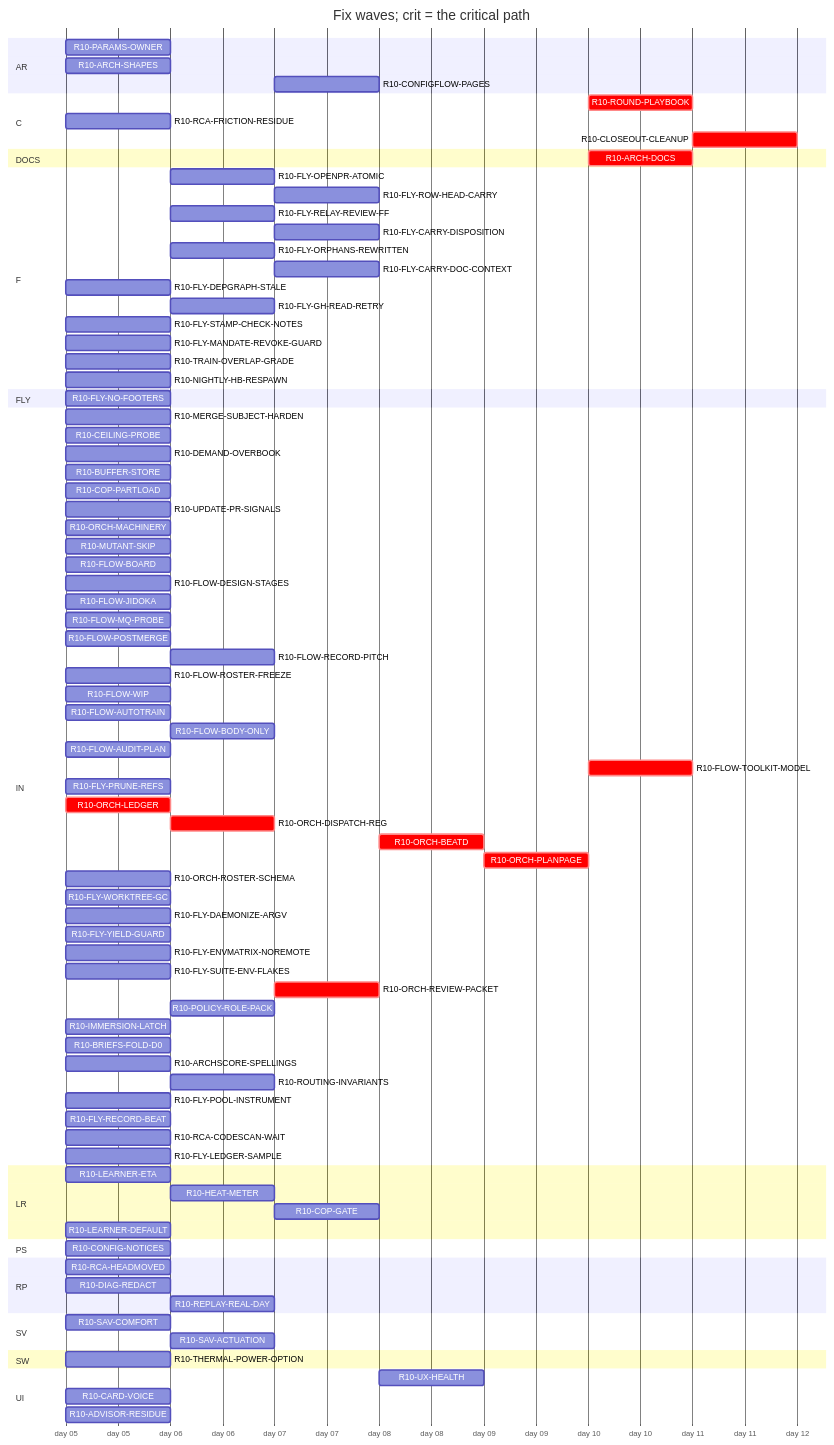
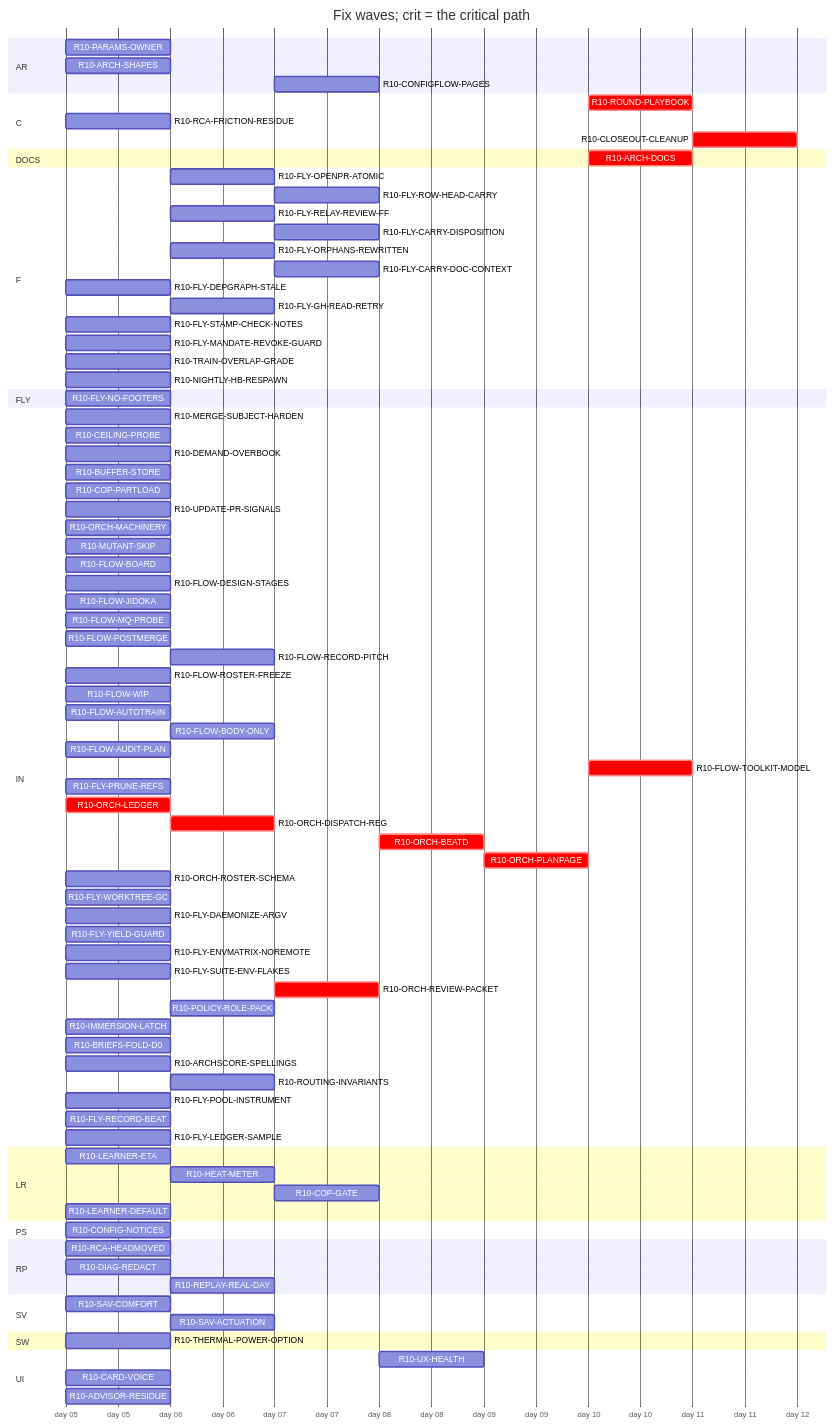
One commit to tvofi/heatpump_optimizer changed the diagram in handoff/round10/state/PLAN-TABLE.md. Above: the diagram before and after it, drawn with Mermaid. The commit also changed other lines of this file and 2 other files, not shown here.

```diff
--- a/handoff/round10/state/PLAN-TABLE.md
+++ b/handoff/round10/state/PLAN-TABLE.md
@@ -36,7 +36,7 @@
     R10-RCA-FRICTION-RESIDUE :r10RCAFRICTIONRESIDUE, 2026-01-05, 1d
     R10-CLOSEOUT-CLEANUP :crit, r10CLOSEOUTCLEANUP, after r10FLYPRUNEREFS r10FLYWORKTREEGC r10ARCHDOCS r10ROUNDPLAYBOOK, 1d
   section DOCS
-    R10-ARCH-DOCS :crit, r10ARCHDOCS, after r10CONFIGNOTICES r10PARAMSOWNER r10ARCHSHAPES r10LEARNERETA r10HEATMETER r10COPGATE r10UXHEALTH r10CONFIGFLOWPAGES r10RCAHEADMOVED r10SAVCOMFORT r10MERGESUBJECTHARDEN r10CEILINGPROBE r10DEMANDOVERBOOK r10BUFFERSTORE r10COPPARTLOAD r10UPDATEPRSIGNALS r10CARDVOICE r10THERMALPOWEROPTION r10LEARNERDEFAULT r10MUTANTSKIP r10FLOWBOARD r10FLOWDESIGNSTAGES r10FLOWJIDOKA r10FLOWMQPROBE r10FLOWPOSTMERGE r10FLOWRECORDPITCH r10FLOWROSTERFREEZE r10FLOWWIP r10FLOWAUTOTRAIN r10FLOWBODYONLY r10FLYOPENPRATOMIC r10FLYROWHEADCARRY r10FLOWAUDITPLAN r10FLYRELAYREVIEWFF r10FLYCARRYDISPOSITION r10FLYORPHANSREWRITTEN r10FLYCARRYDOCCONTEXT r10FLYDEPGRAPHSTALE r10FLOWTOOLKITMODEL r10FLYSTAMPCHECKNOTES r10FLYMANDATEREVOKEGUARD r10RCAFRICTIONRESIDUE r10TRAINOVERLAPGRADE r10NIGHTLYHBRESPAWN r10FLYPRUNEREFS r10ORCHLEDGER r10ORCHDISPATCHREG r10ORCHBEATD r10ORCHPLANPAGE r10ORCHROSTERSCHEMA r10FLYWORKTREEGC r10FLYDAEMONIZEARGV r10FLYYIELDGUARD r10FLYENVMATRIXNOREMOTE r10ORCHREVIEWPACKET r10POLICYROLEPACK r10IMMERSIONLATCH r10DIAGREDACT r10ADVISORRESIDUE r10BRIEFSFOLDD0 r10REPLAYREALDAY r10ARCHSCORESPELLINGS r10ROUTINGINVARIANTS r10SAVACTUATION r10FLYPOOLINSTRUMENT r10FLYRECORDBEAT r10RCACODESCANWAIT r10FLYLEDGERSAMPLE, 1d
+    R10-ARCH-DOCS :crit, r10ARCHDOCS, after r10CONFIGNOTICES r10PARAMSOWNER r10ARCHSHAPES r10LEARNERETA r10HEATMETER r10COPGATE r10UXHEALTH r10CONFIGFLOWPAGES r10RCAHEADMOVED r10SAVCOMFORT r10MERGESUBJECTHARDEN r10CEILINGPROBE r10DEMANDOVERBOOK r10BUFFERSTORE r10COPPARTLOAD r10UPDATEPRSIGNALS r10CARDVOICE r10THERMALPOWEROPTION r10LEARNERDEFAULT r10MUTANTSKIP r10FLOWBOARD r10FLOWDESIGNSTAGES r10FLOWJIDOKA r10FLOWMQPROBE r10FLOWPOSTMERGE r10FLOWRECORDPITCH r10FLOWROSTERFREEZE r10FLOWWIP r10FLOWAUTOTRAIN r10FLOWBODYONLY r10FLYOPENPRATOMIC r10FLYROWHEADCARRY r10FLOWAUDITPLAN r10FLYRELAYREVIEWFF r10FLYCARRYDISPOSITION r10FLYORPHANSREWRITTEN r10FLYCARRYDOCCONTEXT r10FLYDEPGRAPHSTALE r10FLOWTOOLKITMODEL r10FLYSTAMPCHECKNOTES r10FLYMANDATEREVOKEGUARD r10RCAFRICTIONRESIDUE r10TRAINOVERLAPGRADE r10NIGHTLYHBRESPAWN r10FLYPRUNEREFS r10ORCHLEDGER r10ORCHDISPATCHREG r10ORCHBEATD r10ORCHPLANPAGE r10ORCHROSTERSCHEMA r10FLYWORKTREEGC r10FLYDAEMONIZEARGV r10FLYYIELDGUARD r10FLYENVMATRIXNOREMOTE r10ORCHREVIEWPACKET r10POLICYROLEPACK r10IMMERSIONLATCH r10DIAGREDACT r10ADVISORRESIDUE r10BRIEFSFOLDD0 r10REPLAYREALDAY r10ARCHSCORESPELLINGS r10ROUTINGINVARIANTS r10SAVACTUATION r10FLYPOOLINSTRUMENT r10FLYRECORDBEAT r10FLYLEDGERSAMPLE, 1d
   section F
     R10-FLY-OPENPR-ATOMIC :r10FLYOPENPRATOMIC, after r10UPDATEPRSIGNALS, 1d
     R10-FLY-ROW-HEAD-CARRY :r10FLYROWHEADCARRY, after r10FLYOPENPRATOMIC r10FLOWMQPROBE, 1d
@@ -92,7 +92,6 @@
     R10-ROUTING-INVARIANTS :r10ROUTINGINVARIANTS, after r10ORCHROSTERSCHEMA, 1d
     R10-FLY-POOL-INSTRUMENT :r10FLYPOOLINSTRUMENT, 2026-01-05, 1d
     R10-FLY-RECORD-BEAT :r10FLYRECORDBEAT, 2026-01-05, 1d
-    R10-RCA-CODESCAN-WAIT :r10RCACODESCANWAIT, 2026-01-05, 1d
     R10-FLY-LEDGER-SAMPLE :r10FLYLEDGERSAMPLE, 2026-01-05, 1d
   section LR
     R10-LEARNER-ETA :r10LEARNERETA, 2026-01-05, 1d
```
